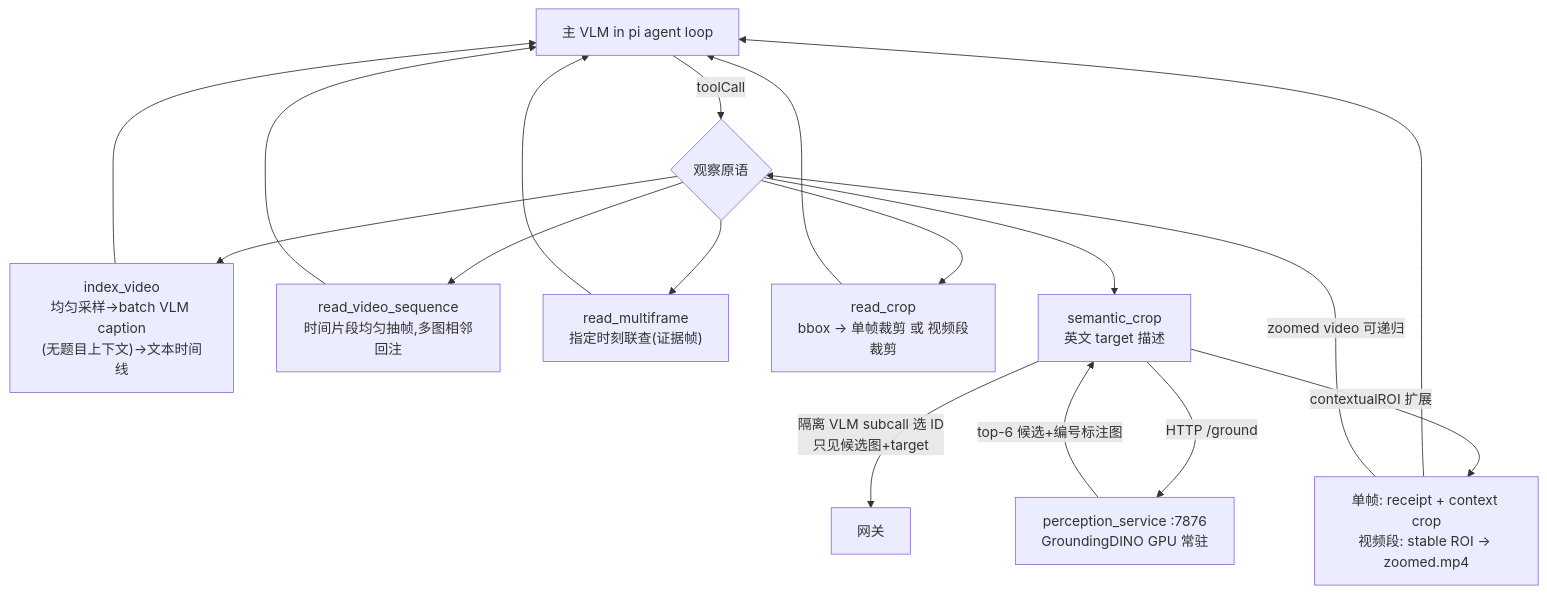
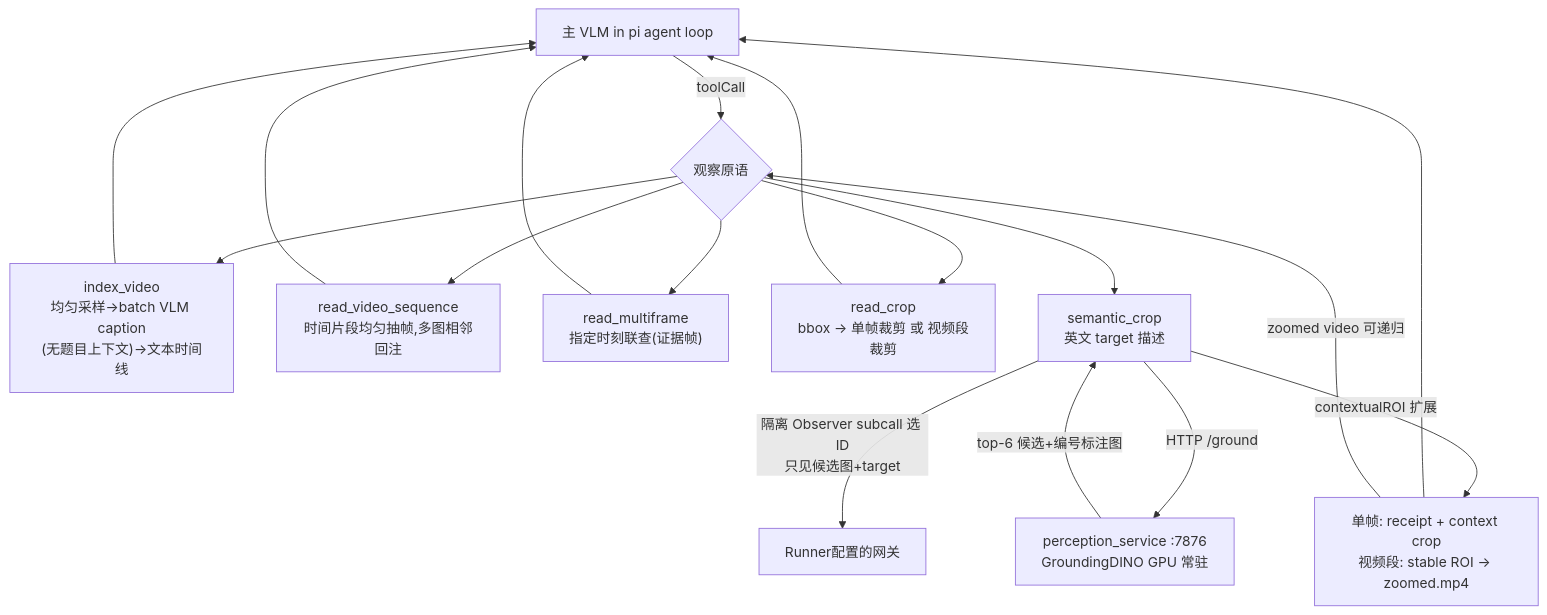
The diagram in docs/code_maps/systems/pi_observation_stack.md (tangqh03/4D-Agent), drawn with Mermaid before and after one commit. The commit also changed other lines of this file and 36 other files, not shown here.

````diff
--- a/docs/code_maps/systems/pi_observation_stack.md
+++ b/docs/code_maps/systems/pi_observation_stack.md
@@ -30,15 +28,15 @@
 ```mermaid
 flowchart TD
     A[主 VLM in pi agent loop] -->|toolCall| B{观察原语}
     B --> C["index_video<br/>均匀采样→batch VLM caption<br/>(无题目上下文)→文本时间线"]
     B --> D["read_video_sequence<br/>时间片段均匀抽帧,多图相邻回注"]
     B --> E["read_multiframe<br/>指定时刻联查(证据帧)"]
     B --> F["read_crop<br/>bbox → 单帧裁剪 或 视频段裁剪"]
     B --> G["semantic_crop<br/>英文 target 描述"]
     G -->|HTTP /ground| H["perception_service :7876<br/>GroundingDINO GPU 常驻"]
     H -->|top-6 候选+编号标注图| G
-    G -->|隔离 VLM subcall 选 ID<br/>只见候选图+target| I[网关]
+    G -->|隔离 Observer subcall 选 ID<br/>只见候选图+target| I[Runner配置的网关]
     G -->|contextualROI 扩展| J["单帧: receipt + context crop<br/>视频段: stable ROI → zoomed.mp4"]
     C & D & E & F & J --> A
     J -->|zoomed video 可递归| B
 ```
````
